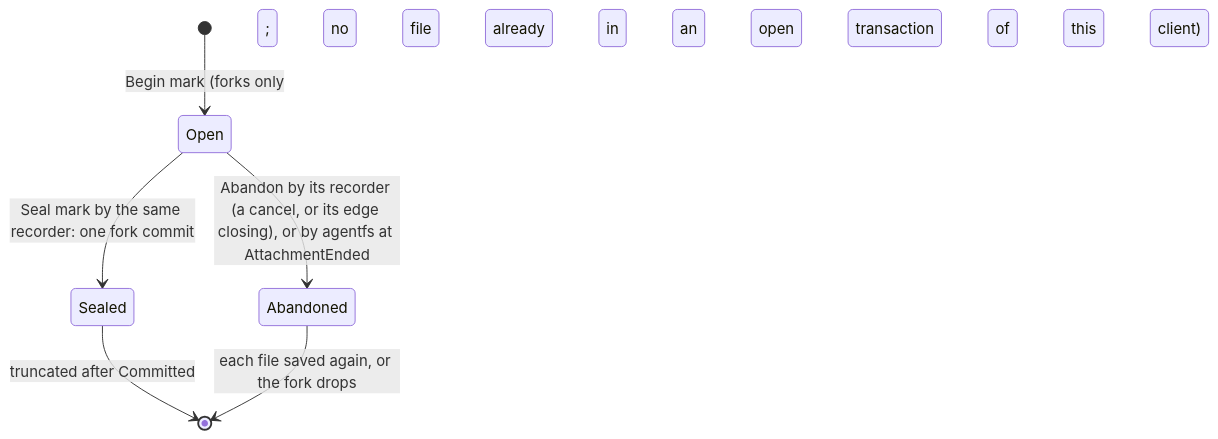
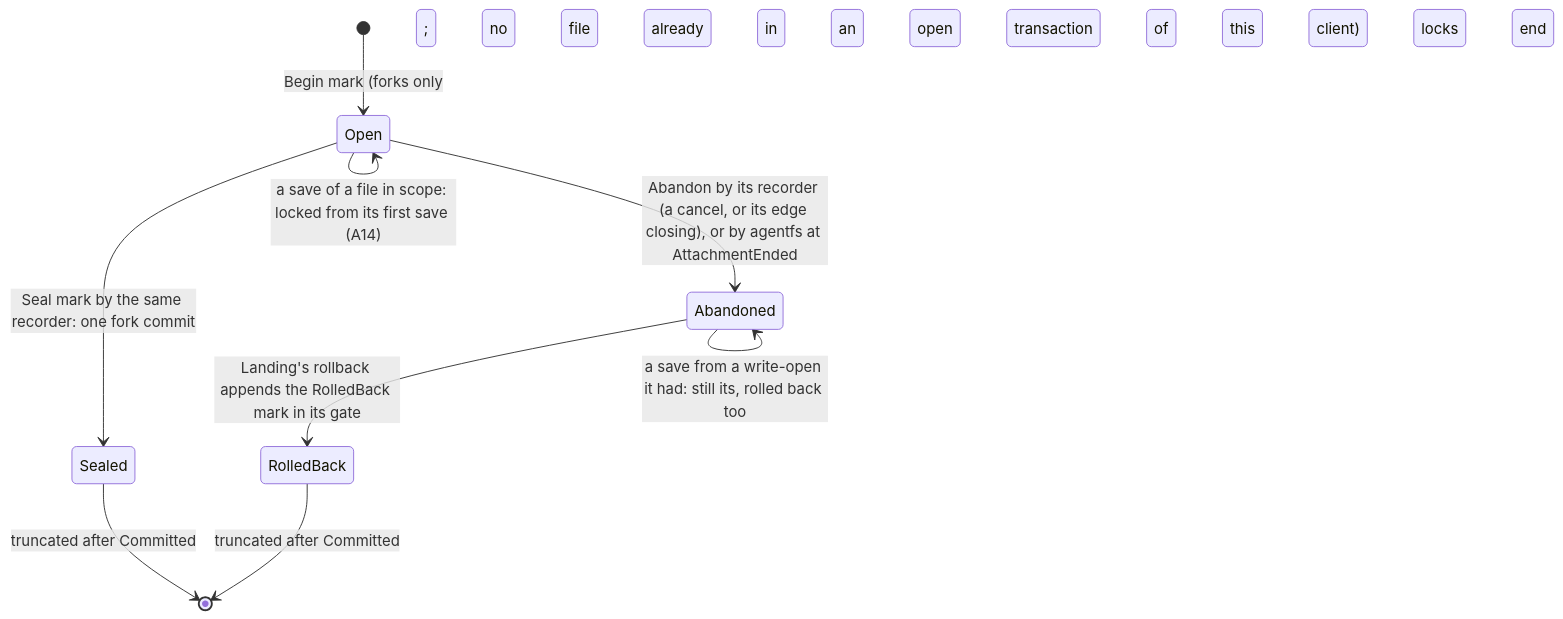
Before and after one commit to mcurcio/agentfs: the fourth of 5 diagrams in docs/target-architecture/domains/journal.md, drawn with Mermaid. The commit also changed other lines of this file and 9 other files, not shown here.

````diff
--- a/docs/target-architecture/domains/journal.md
+++ b/docs/target-architecture/domains/journal.md
@@ -83,8 +84,11 @@
 ```mermaid
 stateDiagram-v2
   [*] --> Open: Begin mark (forks only; no file already in an open transaction of this client)
-  Open --> Sealed: Seal mark by the same recorder: one fork commit
+  Open --> Open: a save of a file in scope: locked from its first save (A14)
+  Abandoned --> Abandoned: a save from a write-open it had: still its, rolled back too
+  Open --> Sealed: Seal mark by the same recorder: one fork commit; locks end
   Open --> Abandoned: Abandon by its recorder (a cancel, or its edge closing), or by agentfs at AttachmentEnded
+  Abandoned --> RolledBack: Landing's rollback appends the RolledBack mark in its gate; locks end
   Sealed --> [*]: truncated after Committed
-  Abandoned --> [*]: each file saved again, or the fork drops
+  RolledBack --> [*]: truncated after Committed
 ```
````
